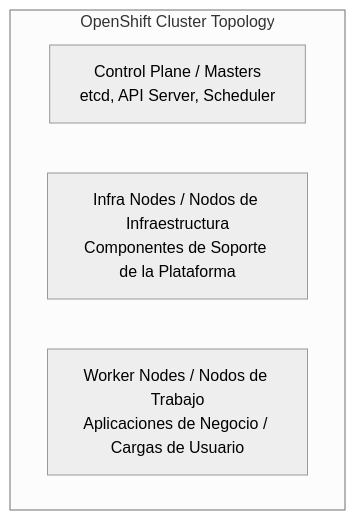
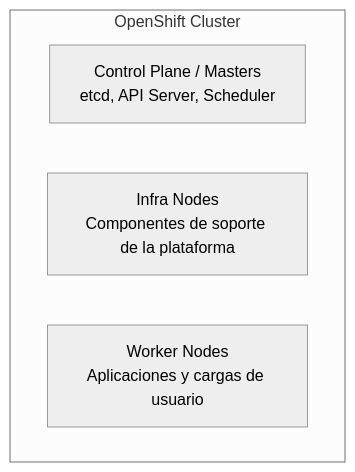
The seventh of 7 diagrams in docs/sesion4/4.2 Recursoso, cuotas y ubicación.md (ieftraining/curso-openshift), drawn with Mermaid (neutral theme) before and after one commit. The commit also changed other lines of this file, not shown here.

````diff
--- a/docs/sesion4/4.2 Recursoso, cuotas y ubicación.md
+++ b/docs/sesion4/4.2 Recursoso, cuotas y ubicación.md
@@ -381,8 +444,8 @@
 ```mermaid
 flowchart TD
-    subgraph OpenShift Cluster Topology
-        A[Control Plane / Masters<br>etcd, API Server, Scheduler]
-        B[Infra Nodes / Nodos de Infraestructura<br>Componentes de Soporte de la Plataforma]
-        C[Worker Nodes / Nodos de Trabajo<br>Aplicaciones de Negocio / Cargas de Usuario]
+    subgraph Cluster[OpenShift Cluster]
+        A[Control Plane / Masters<br/>etcd, API Server, Scheduler]
+        B[Infra Nodes<br/>Componentes de soporte de la plataforma]
+        C[Worker Nodes<br/>Aplicaciones y cargas de usuario]
     end
 ```
````
